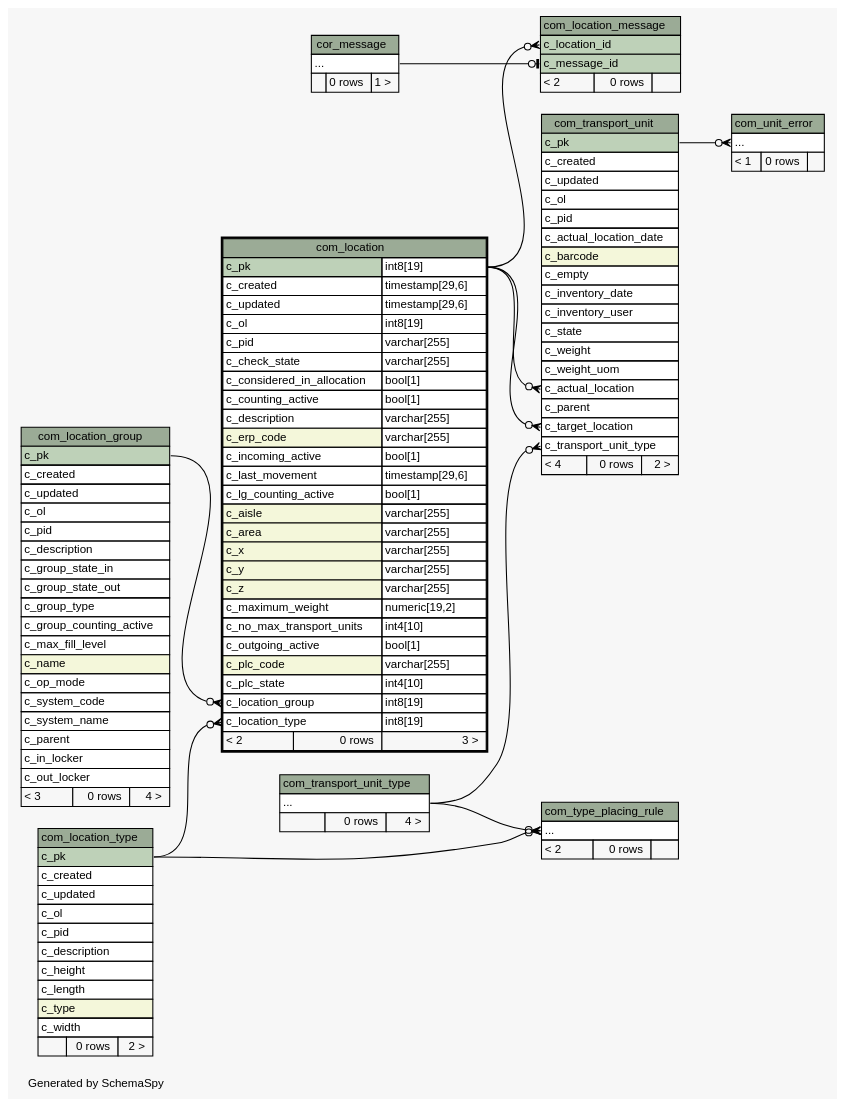
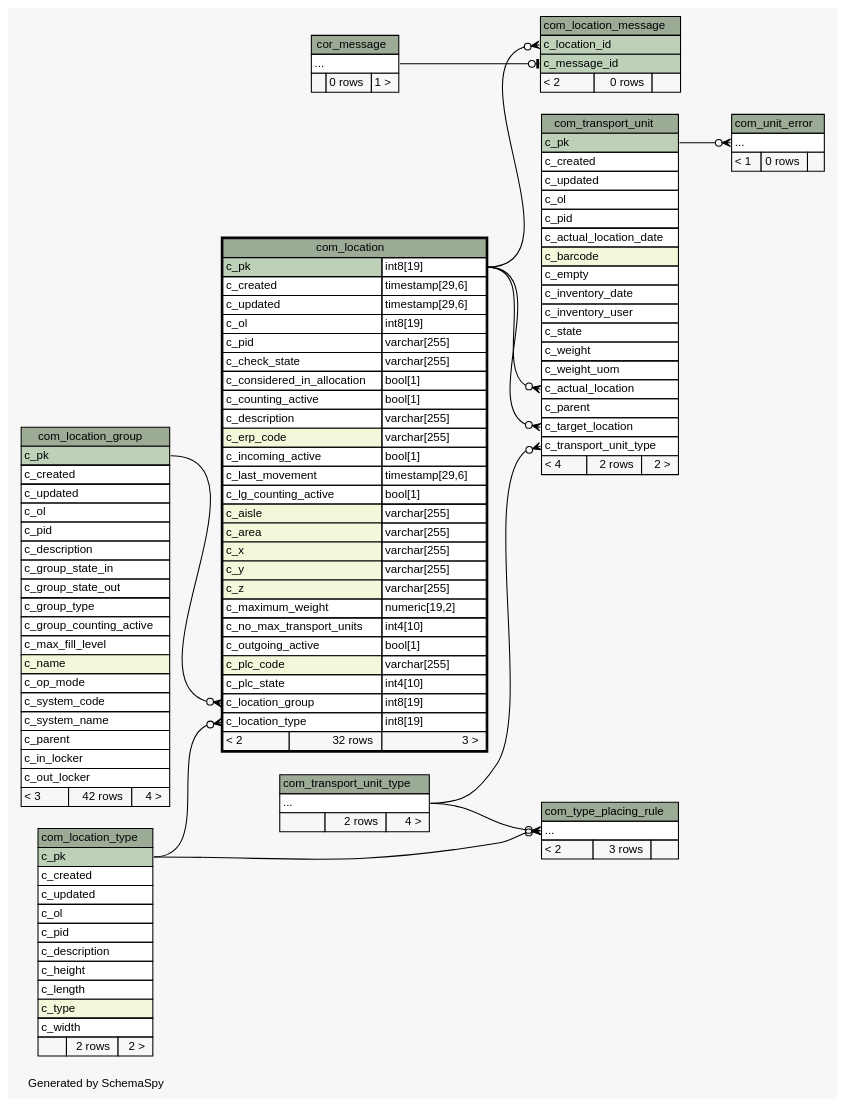
Before and after one commit to openwms/org.openwms.common.service.lib: the diagram in schemaspy/diagrams/com_location.2degrees.dot, drawn with Graphviz. The commit also changed 551 other files, not shown here.

```diff
--- a/schemaspy/diagrams/com_location.2degrees.dot
+++ b/schemaspy/diagrams/com_location.2degrees.dot
@@ -1,4 +1,4 @@
-// dot 2.38.0 on Linux 4.15.0-1037-gcp
+// dot 2.36.0 on Linux 4.4.0-101-generic
 // SchemaSpy rev Unknown
 digraph "twoDegreesRelationshipsDiagram" {
   graph [
@@ -58,7 +58,7 @@
       <TR><TD PORT="c_plc_state" COLSPAN="2" ALIGN="LEFT">c_plc_state</TD><TD PORT="c_plc_state.type" ALIGN="LEFT">int4[10]</TD></TR>
       <TR><TD PORT="c_location_group" COLSPAN="2" ALIGN="LEFT">c_location_group</TD><TD PORT="c_location_group.type" ALIGN="LEFT">int8[19]</TD></TR>
       <TR><TD PORT="c_location_type" COLSPAN="2" ALIGN="LEFT">c_location_type</TD><TD PORT="c_location_type.type" ALIGN="LEFT">int8[19]</TD></TR>
-      <TR><TD ALIGN="LEFT" BGCOLOR="#f7f7f7">&lt; 2</TD><TD ALIGN="RIGHT" BGCOLOR="#f7f7f7">0 rows</TD><TD ALIGN="RIGHT" BGCOLOR="#f7f7f7">3 &gt;</TD></TR>
+      <TR><TD ALIGN="LEFT" BGCOLOR="#f7f7f7">&lt; 2</TD><TD ALIGN="RIGHT" BGCOLOR="#f7f7f7">32 rows</TD><TD ALIGN="RIGHT" BGCOLOR="#f7f7f7">3 &gt;</TD></TR>
     </TABLE>>
     URL="com_location.html"
     tooltip="com_location"
@@ -85,7 +85,7 @@
       <TR><TD PORT="c_parent" COLSPAN="3" ALIGN="LEFT">c_parent</TD></TR>
       <TR><TD PORT="c_in_locker" COLSPAN="3" ALIGN="LEFT">c_in_locker</TD></TR>
       <TR><TD PORT="c_out_locker" COLSPAN="3" ALIGN="LEFT">c_out_locker</TD></TR>
-      <TR><TD ALIGN="LEFT" BGCOLOR="#f7f7f7">&lt; 3</TD><TD ALIGN="RIGHT" BGCOLOR="#f7f7f7">0 rows</TD><TD ALIGN="RIGHT" BGCOLOR="#f7f7f7">4 &gt;</TD></TR>
+      <TR><TD ALIGN="LEFT" BGCOLOR="#f7f7f7">&lt; 3</TD><TD ALIGN="RIGHT" BGCOLOR="#f7f7f7">42 rows</TD><TD ALIGN="RIGHT" BGCOLOR="#f7f7f7">4 &gt;</TD></TR>
     </TABLE>>
     URL="com_location_group.html"
     tooltip="com_location_group"
@@ -115,7 +115,7 @@
       <TR><TD PORT="c_length" COLSPAN="3" ALIGN="LEFT">c_length</TD></TR>
       <TR><TD PORT="c_type" COLSPAN="3" BGCOLOR="#f4f7da" ALIGN="LEFT">c_type</TD></TR>
       <TR><TD PORT="c_width" COLSPAN="3" ALIGN="LEFT">c_width</TD></TR>
-      <TR><TD ALIGN="LEFT" BGCOLOR="#f7f7f7">  </TD><TD ALIGN="RIGHT" BGCOLOR="#f7f7f7">0 rows</TD><TD ALIGN="RIGHT" BGCOLOR="#f7f7f7">2 &gt;</TD></TR>
+      <TR><TD ALIGN="LEFT" BGCOLOR="#f7f7f7">  </TD><TD ALIGN="RIGHT" BGCOLOR="#f7f7f7">2 rows</TD><TD ALIGN="RIGHT" BGCOLOR="#f7f7f7">2 &gt;</TD></TR>
     </TABLE>>
     URL="com_location_type.html"
     tooltip="com_location_type"
@@ -141,7 +141,7 @@
       <TR><TD PORT="c_parent" COLSPAN="3" ALIGN="LEFT">c_parent</TD></TR>
       <TR><TD PORT="c_target_location" COLSPAN="3" ALIGN="LEFT">c_target_location</TD></TR>
       <TR><TD PORT="c_transport_unit_type" COLSPAN="3" ALIGN="LEFT">c_transport_unit_type</TD></TR>
-      <TR><TD ALIGN="LEFT" BGCOLOR="#f7f7f7">&lt; 4</TD><TD ALIGN="RIGHT" BGCOLOR="#f7f7f7">0 rows</TD><TD ALIGN="RIGHT" BGCOLOR="#f7f7f7">2 &gt;</TD></TR>
+      <TR><TD ALIGN="LEFT" BGCOLOR="#f7f7f7">&lt; 4</TD><TD ALIGN="RIGHT" BGCOLOR="#f7f7f7">2 rows</TD><TD ALIGN="RIGHT" BGCOLOR="#f7f7f7">2 &gt;</TD></TR>
     </TABLE>>
     URL="com_transport_unit.html"
     tooltip="com_transport_unit"
@@ -151,7 +151,7 @@
     <TABLE BORDER="0" CELLBORDER="1" CELLSPACING="0" BGCOLOR="#ffffff">
       <TR><TD COLSPAN="3" BGCOLOR="#9bab96" ALIGN="CENTER">com_transport_unit_type</TD></TR>
       <TR><TD PORT="elipses" COLSPAN="3" ALIGN="LEFT">...</TD></TR>
-      <TR><TD ALIGN="LEFT" BGCOLOR="#f7f7f7">  </TD><TD ALIGN="RIGHT" BGCOLOR="#f7f7f7">0 rows</TD><TD ALIGN="RIGHT" BGCOLOR="#f7f7f7">4 &gt;</TD></TR>
+      <TR><TD ALIGN="LEFT" BGCOLOR="#f7f7f7">  </TD><TD ALIGN="RIGHT" BGCOLOR="#f7f7f7">2 rows</TD><TD ALIGN="RIGHT" BGCOLOR="#f7f7f7">4 &gt;</TD></TR>
     </TABLE>>
     URL="com_transport_unit_type.html"
     tooltip="com_transport_unit_type"
@@ -161,7 +161,7 @@
     <TABLE BORDER="0" CELLBORDER="1" CELLSPACING="0" BGCOLOR="#ffffff">
       <TR><TD COLSPAN="3" BGCOLOR="#9bab96" ALIGN="CENTER">com_type_placing_rule</TD></TR>
       <TR><TD PORT="elipses" COLSPAN="3" ALIGN="LEFT">...</TD></TR>
-      <TR><TD ALIGN="LEFT" BGCOLOR="#f7f7f7">&lt; 2</TD><TD ALIGN="RIGHT" BGCOLOR="#f7f7f7">0 rows</TD><TD ALIGN="RIGHT" BGCOLOR="#f7f7f7">  </TD></TR>
+      <TR><TD ALIGN="LEFT" BGCOLOR="#f7f7f7">&lt; 2</TD><TD ALIGN="RIGHT" BGCOLOR="#f7f7f7">3 rows</TD><TD ALIGN="RIGHT" BGCOLOR="#f7f7f7">  </TD></TR>
     </TABLE>>
     URL="com_type_placing_rule.html"
     tooltip="com_type_placing_rule"
```
